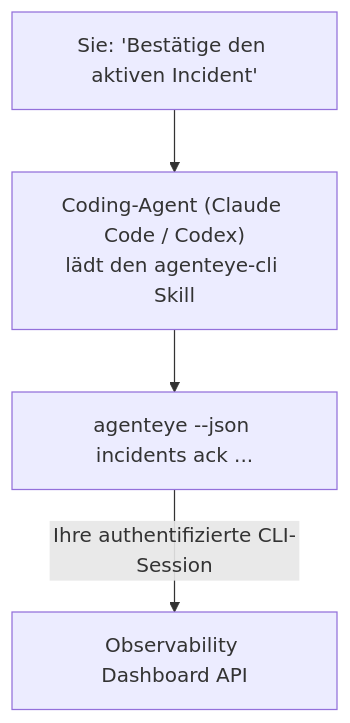
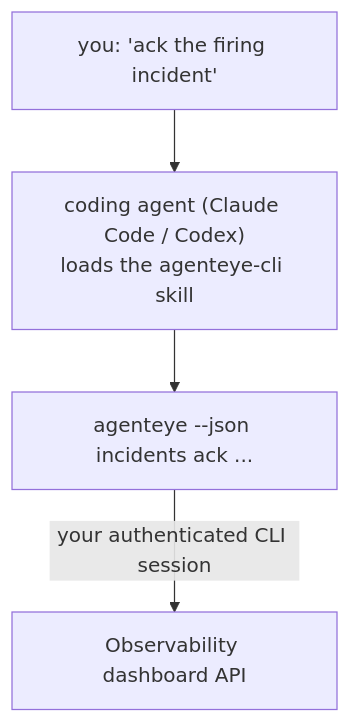
Before and after one commit to FailproofAI/failproofai: the diagram in docs/de/agenteye/cli-skill.mdx, drawn with Mermaid. The commit also changed other lines of this file and 651 other files, not shown here.

````diff
--- a/docs/de/agenteye/cli-skill.mdx
+++ b/docs/de/agenteye/cli-skill.mdx
@@ -28,6 +28,6 @@
 ```mermaid
 flowchart TD
-    YOU["Sie: 'Bestätige den aktiven Incident'"] --> AGENT["Coding-Agent (Claude Code / Codex)<br/>lädt den agenteye-cli Skill"]
+    YOU["you: 'ack the firing incident'"] --> AGENT["coding agent (Claude Code / Codex)<br/>loads the agenteye-cli skill"]
     AGENT --> CLI["agenteye --json incidents ack ..."]
-    CLI -->|Ihre authentifizierte CLI-Session| API["Observability Dashboard API"]
+    CLI -->|your authenticated CLI session| API["Observability dashboard API"]
 ```
````
